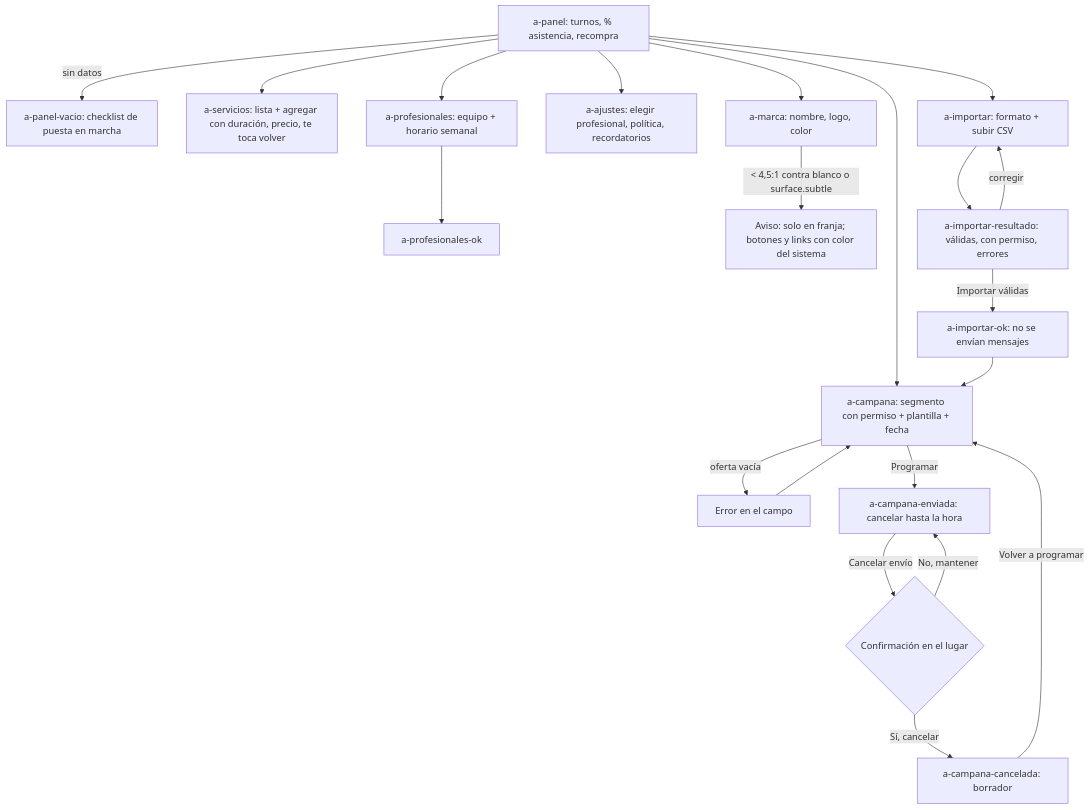
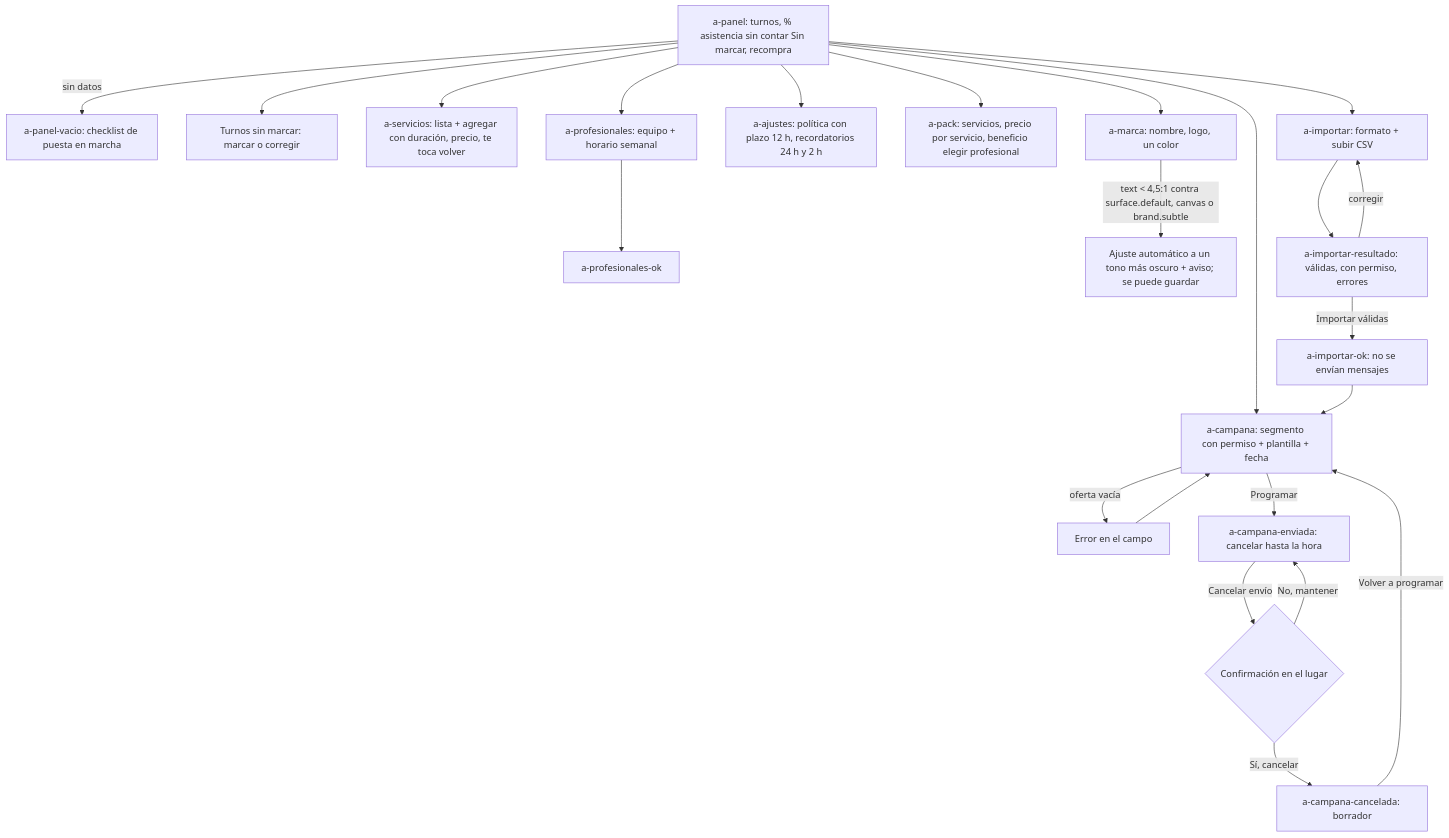
Before and after one commit to gm2dev/coop-agents-design: the eighth of 8 diagrams in initiatives/spa-reservas-mvp/flows.md, drawn with Mermaid. The commit also changed other lines of this file and 60 other files, not shown here.

````diff
--- a/initiatives/spa-reservas-mvp/flows.md
+++ b/initiatives/spa-reservas-mvp/flows.md
@@ -119,19 +130,21 @@
 ```mermaid
 flowchart TD
-  P[a-panel: turnos, % asistencia, recompra] -->|sin datos| V[a-panel-vacio: checklist de puesta en marcha]
+  P[a-panel: turnos, % asistencia sin contar Sin marcar, recompra] -->|sin datos| V[a-panel-vacio: checklist de puesta en marcha]
+  P --> SM[Turnos sin marcar: marcar o corregir]
   P --> SV[a-servicios: lista + agregar con duración, precio, te toca volver]
   P --> PR[a-profesionales: equipo + horario semanal] --> PRO[a-profesionales-ok]
-  P --> AJ[a-ajustes: elegir profesional, política, recordatorios]
-  P --> MA[a-marca: nombre, logo, color]
-  MA -->|< 4,5:1 contra blanco o surface.subtle| MA1[Aviso: solo en franja; botones y links con color del sistema]
+  P --> AJ[a-ajustes: política con plazo 12 h, recordatorios 24 h y 2 h]
+  P --> PK[a-pack: servicios, precio por servicio, beneficio elegir profesional]
+  P --> MA[a-marca: nombre, logo, un color]
+  MA -->|text < 4,5:1 contra surface.default, canvas o brand.subtle| MA1[Ajuste automático a un tono más oscuro + aviso; se puede guardar]
   P --> CA[a-campana: segmento con permiso + plantilla + fecha]
   CA -->|oferta vacía| CA1[Error en el campo] --> CA
   CA -->|Programar| CAO[a-campana-enviada: cancelar hasta la hora]
   CAO -->|Cancelar envío| CC{Confirmación en el lugar}
   CC -->|No, mantener| CAO
   CC -->|Sí, cancelar| CAX[a-campana-cancelada: borrador] -->|Volver a programar| CA
   P --> IM[a-importar: formato + subir CSV] --> IR[a-importar-resultado: válidas, con permiso, errores]
   IR -->|Importar válidas| IO[a-importar-ok: no se envían mensajes]
   IR -->|corregir| IM
   IO --> CA
 ```
````
